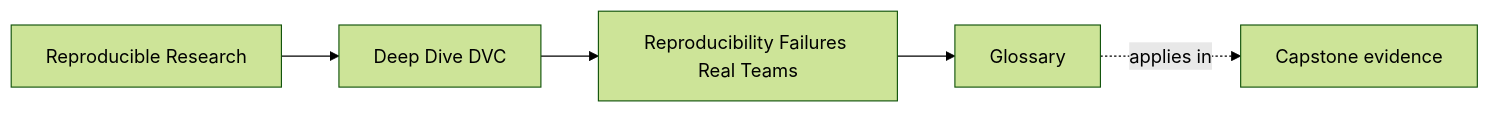
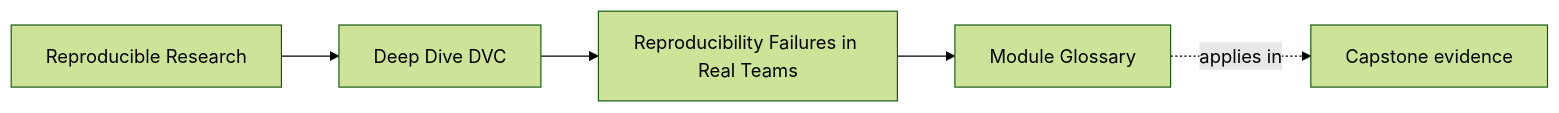
Before and after one commit to bijux/bijux-masterclass: the first of 2 diagrams in programs/reproducible-research/deep-dive-dvc/course-book/module-01-reproducibility-failures-real-teams/glossary.md, drawn with Mermaid (forest theme). The commit also changed other lines of this file, not shown here.

````diff
--- a/programs/reproducible-research/deep-dive-dvc/course-book/module-01-reproducibility-failures-real-teams/glossary.md
+++ b/programs/reproducible-research/deep-dive-dvc/course-book/module-01-reproducibility-failures-real-teams/glossary.md
@@ -7,11 +6,11 @@
 ```mermaid
 graph LR
   family["Reproducible Research"]
   program["Deep Dive DVC"]
-  section["Reproducibility Failures Real Teams"]
-  page["Glossary"]
+  section["Reproducibility Failures in Real Teams"]
+  page["Module Glossary"]
   capstone["Capstone evidence"]
 
   family --> program --> section --> page
   page -.applies in.-> capstone
 ```
````
